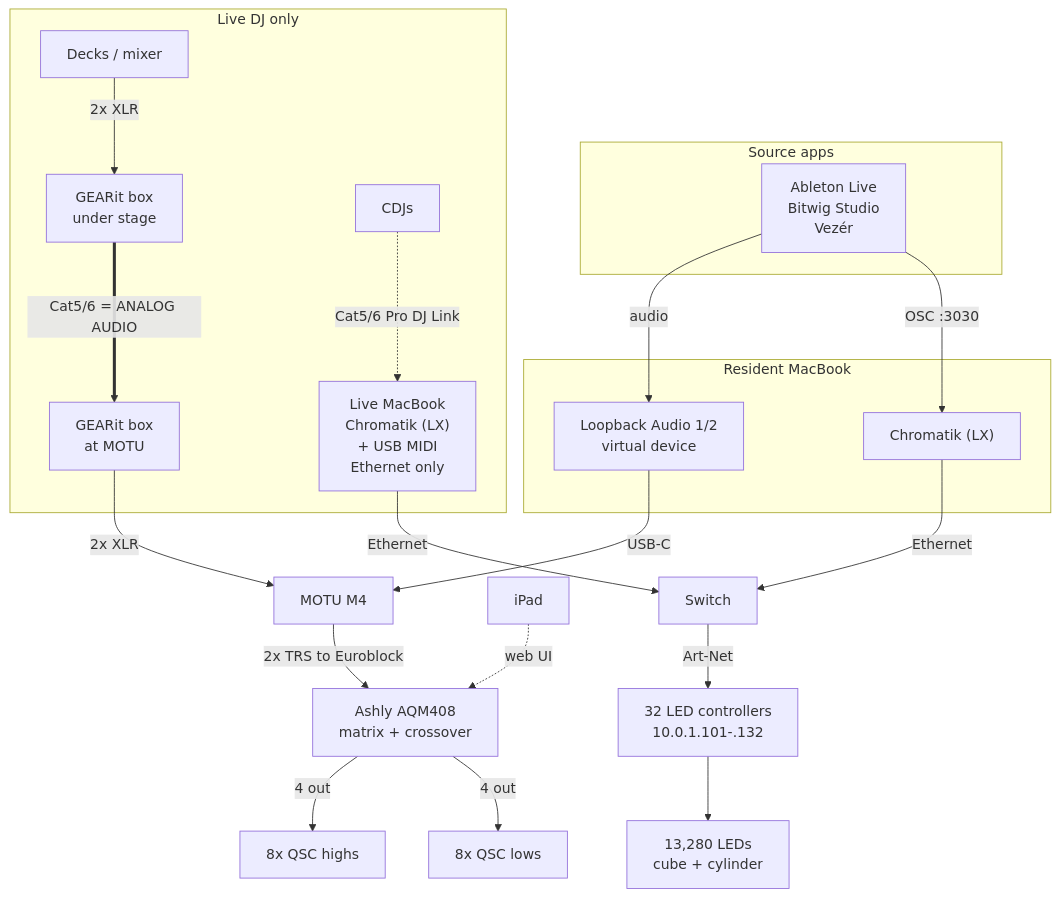
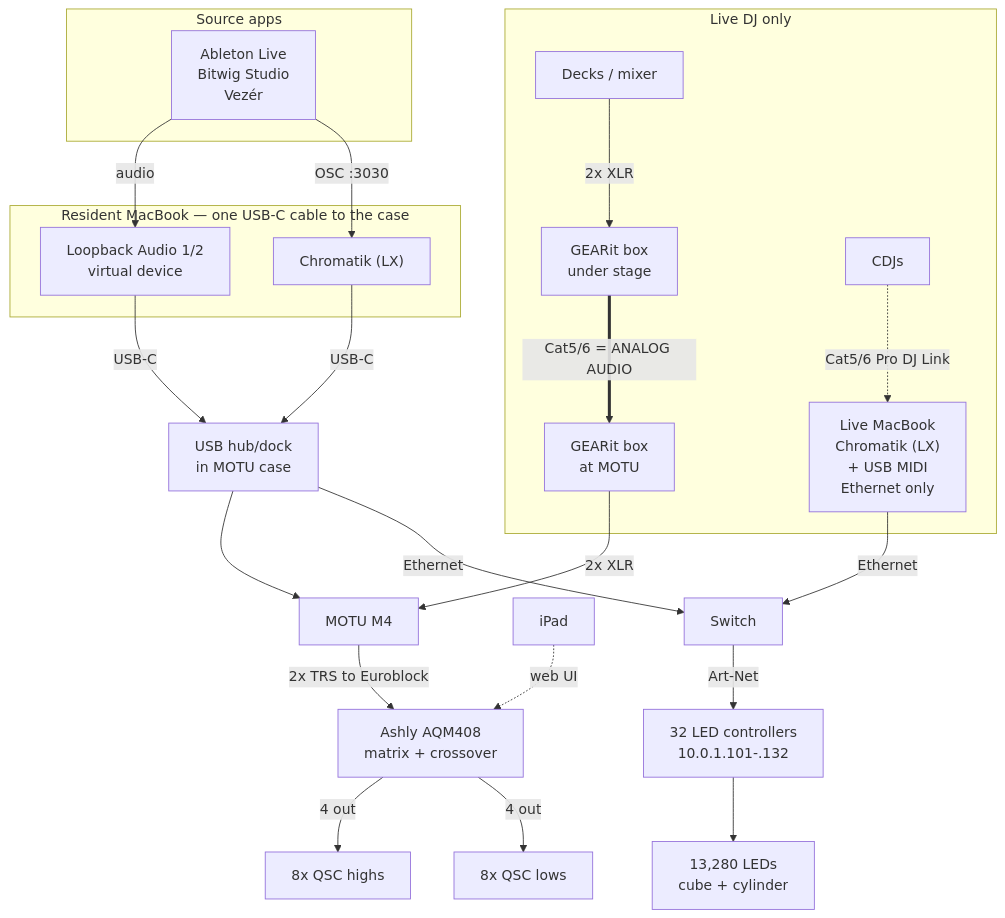
One commit to Apotheneum/Apotheneum changed the diagram in docs/infrastructure/README.md. Above: the diagram before and after it, drawn with Mermaid. The commit also changed 2 other files, not shown here.

Commit message:
One USB-C cable carries both audio and network to the resident MacBook
There is an Ethernet port on the back of the MOTU case, so the case must
contain a hub or dock that both the M4 and that port hang off. Recorded as
inferred. The consequence worth knowing is that a single cable and hub
failure takes out the PA feed and Art-Net together.

````diff
--- a/docs/infrastructure/README.md
+++ b/docs/infrastructure/README.md
@@ -5,44 +5,48 @@
 ```mermaid
 flowchart TB
     subgraph SRC["Source apps"]
         APPS["Ableton Live<br>Bitwig Studio<br>Vezér"]
     end
 
-    subgraph RESIDENT["Resident MacBook"]
+    subgraph RESIDENT["Resident MacBook — one USB-C cable to the case"]
         LB["Loopback Audio 1/2<br>virtual device"]
         CHR["Chromatik (LX)"]
     end
+
+    HUB["USB hub/dock<br>in MOTU case"]
 
     MOTU["MOTU M4"]
     AQM["Ashly AQM408<br>matrix + crossover"]
     HI["8x QSC highs"]
     SUB["8x QSC lows"]
     CTRL["32 LED controllers<br>10.0.1.101-.132"]
     LEDS["13,280 LEDs<br>cube + cylinder"]
     IPAD["iPad"]
 
     subgraph LIVE["Live DJ only"]
         DECKS["Decks / mixer"]
         GI1["GEARit box<br>under stage"]
         GI2["GEARit box<br>at MOTU"]
         CDJ["CDJs"]
         LIVECHR["Live MacBook<br>Chromatik (LX)<br>+ USB MIDI<br>Ethernet only"]
     end
 
     APPS -->|audio| LB
     APPS -->|"OSC :3030"| CHR
-    LB -->|USB-C| MOTU
+    LB -->|USB-C| HUB
+    CHR -->|USB-C| HUB
+    HUB --> MOTU
     MOTU -->|"2x TRS to Euroblock"| AQM
     AQM -->|"4 out"| HI
     AQM -->|"4 out"| SUB
     CTRL --> LEDS
     IPAD -.->|web UI| AQM
 
     DECKS -->|"2x XLR"| GI1
     GI1 ==>|"Cat5/6 = ANALOG AUDIO"| GI2
     GI2 -->|"2x XLR"| MOTU
     CDJ -.->|"Cat5/6 Pro DJ Link"| LIVECHR
     LIVECHR -->|"Ethernet"| SW["Switch"]
-    CHR -->|"Ethernet"| SW
+    HUB -->|"Ethernet"| SW
     SW -->|"Art-Net"| CTRL
 ```
````
